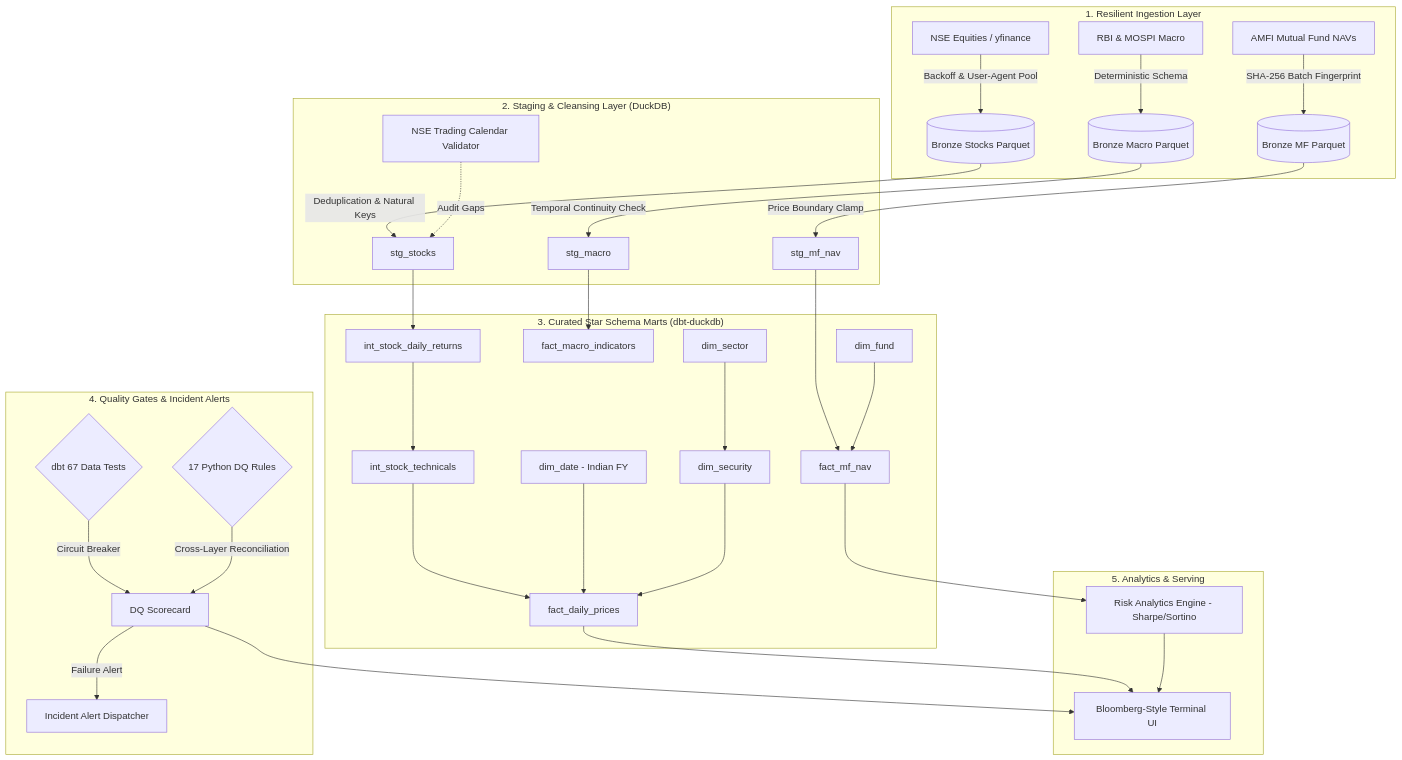
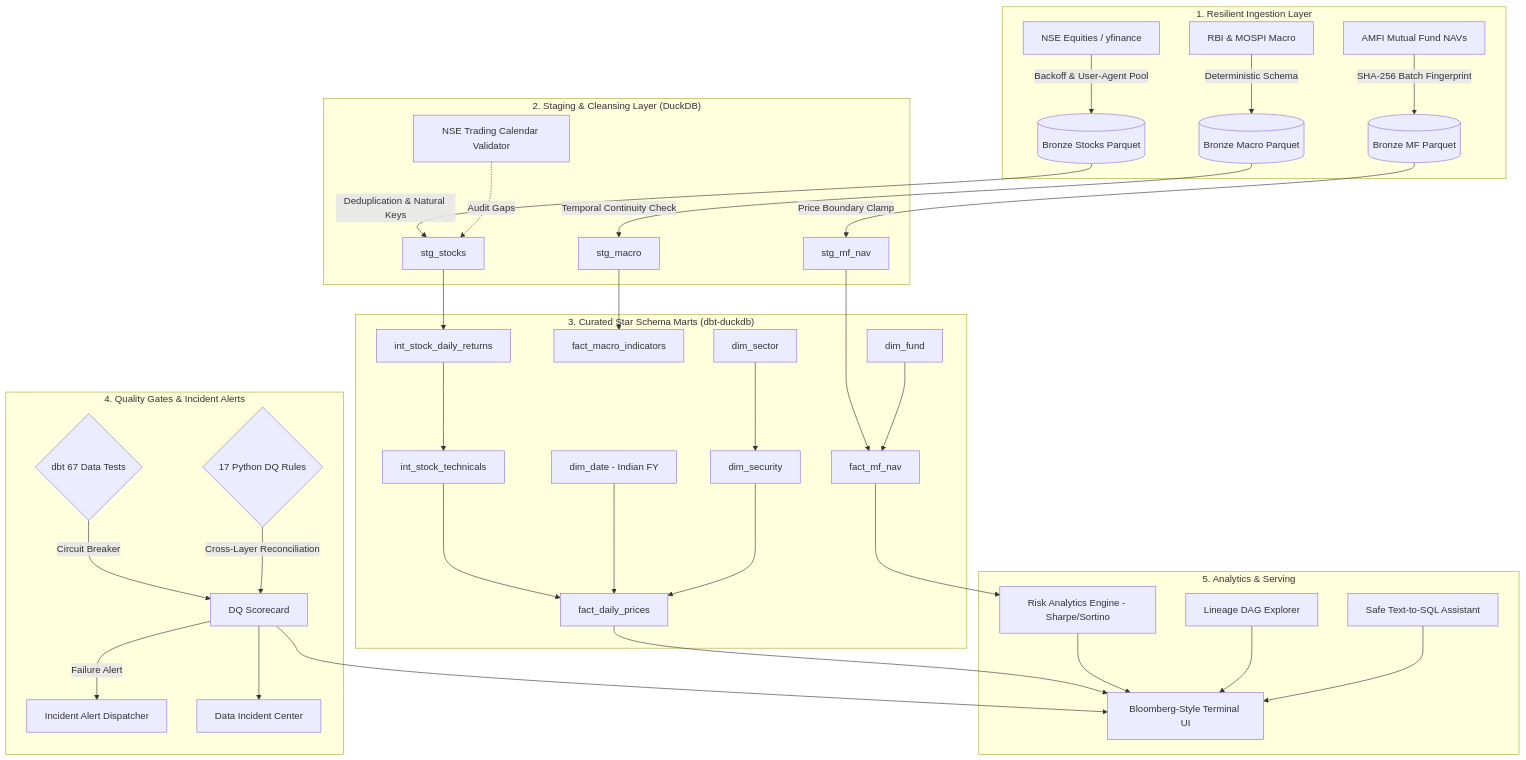
Before and after one commit to mivishvajeet/indias_finance: the diagram in README.md, drawn with Mermaid. The commit also changed other lines of this file and 32 other files, not shown here.

Commit message:
feat: complete India Finance Intelligence Terminal with 11 institutional modules, Lakehouse observability, lineage DAG, incident center, and safe local AI

````diff
--- a/README.md
+++ b/README.md
@@ -17,42 +35,45 @@
 ```mermaid
 flowchart TD
     subgraph Ingestion ["1. Resilient Ingestion Layer"]
         NSE[NSE Equities / yfinance] -->|Backoff & User-Agent Pool| BRONZE_STK[(Bronze Stocks Parquet)]
         MACRO[RBI & MOSPI Macro] -->|Deterministic Schema| BRONZE_MAC[(Bronze Macro Parquet)]
         AMFI[AMFI Mutual Fund NAVs] -->|SHA-256 Batch Fingerprint| BRONZE_MF[(Bronze MF Parquet)]
     end
 
     subgraph Silver ["2. Staging & Cleansing Layer (DuckDB)"]
         BRONZE_STK -->|Deduplication & Natural Keys| STG_STK[stg_stocks]
         BRONZE_MAC -->|Temporal Continuity Check| STG_MAC[stg_macro]
         BRONZE_MF -->|Price Boundary Clamp| STG_MF[stg_mf_nav]
         CAL[NSE Trading Calendar Validator] -.->|Audit Gaps| STG_STK
     end
 
     subgraph Gold ["3. Curated Star Schema Marts (dbt-duckdb)"]
         STG_STK --> INT_RET[int_stock_daily_returns]
         INT_RET --> INT_TECH[int_stock_technicals]
         INT_TECH --> FACT_PRICES[fact_daily_prices]
         
         STG_MAC --> FACT_MACRO[fact_macro_indicators]
         STG_MF --> FACT_MF[fact_mf_nav]
         
         DIM_DATE[dim_date - Indian FY] --> FACT_PRICES
         DIM_SEC[dim_security] --> FACT_PRICES
         DIM_SECT[dim_sector] --> DIM_SEC
         DIM_FUND[dim_fund] --> FACT_MF
     end
 
     subgraph Quality ["4. Quality Gates & Incident Alerts"]
         DBT_TEST{dbt 67 Data Tests} -->|Circuit Breaker| GATE[DQ Scorecard]
         PYTHON_DQ{17 Python DQ Rules} -->|Cross-Layer Reconciliation| GATE
         GATE -->|Failure Alert| ALERTS[Incident Alert Dispatcher]
+        GATE --> INCIDENT[Data Incident Center]
     end
 
     subgraph Serving ["5. Analytics & Serving"]
         FACT_PRICES --> UI[Bloomberg-Style Terminal UI]
         FACT_MF --> RISK[Risk Analytics Engine - Sharpe/Sortino]
         RISK --> UI
         GATE --> UI
+        LINEAGE[Lineage DAG Explorer] --> UI
+        AI[Safe Text-to-SQL Assistant] --> UI
     end
 ```
````
